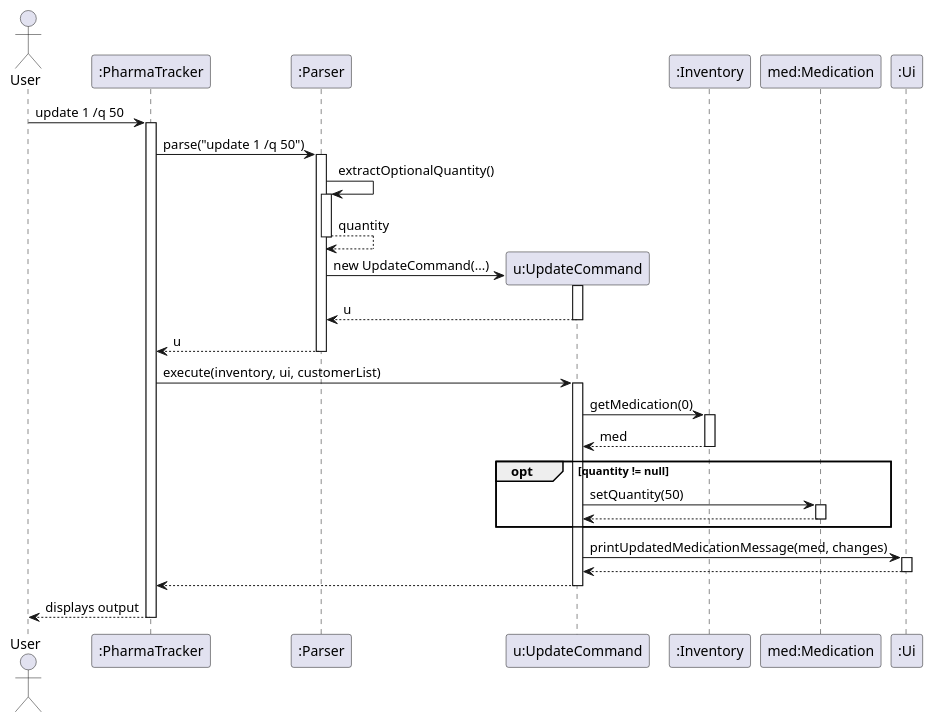
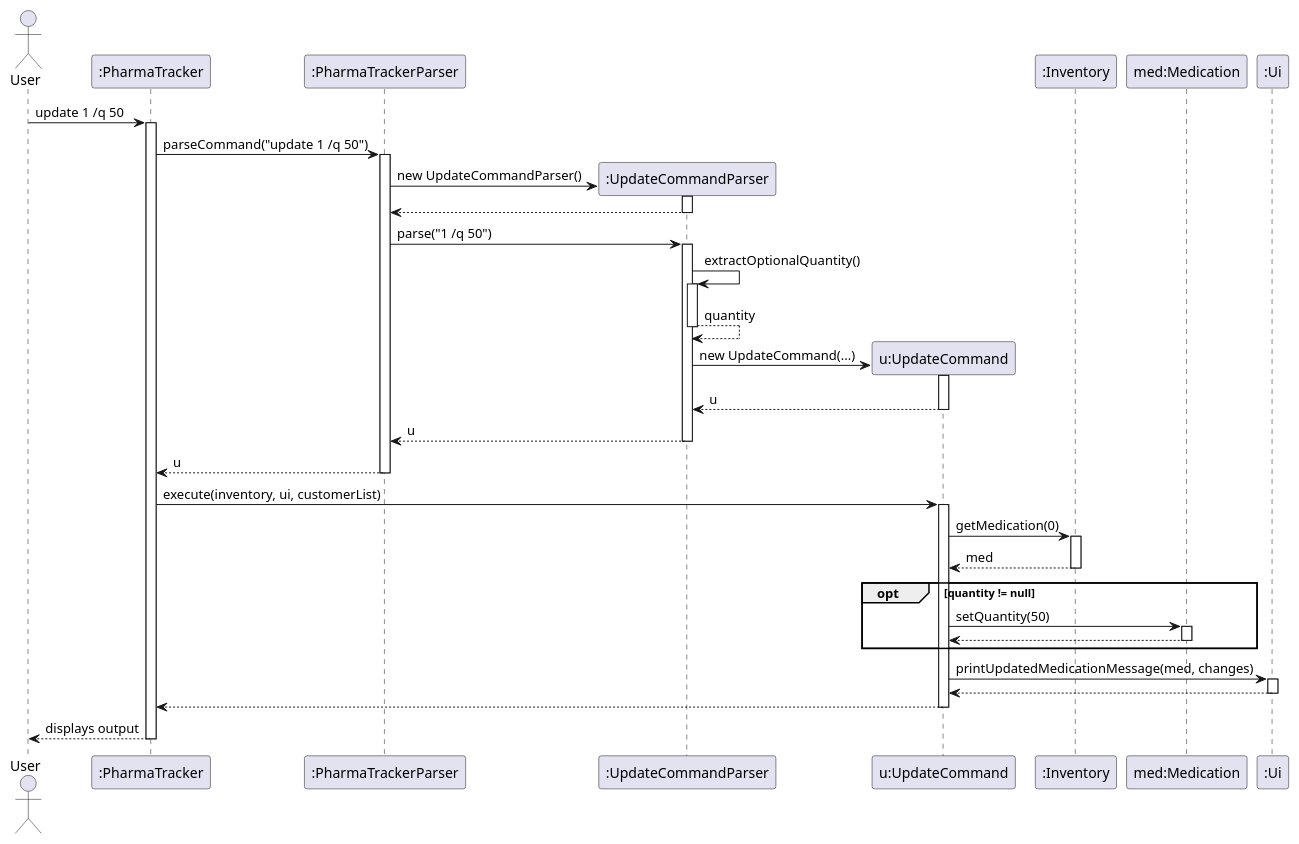
The diagram in docs/diagrams/UpdateCommandSequence.puml (AY2526S2-CS2113-T10-3/tp), drawn with PlantUML before and after one commit. The commit also changed 9 other files, not shown here.

Commit message:
Refactor command sequence diagrams and update related images

```diff
--- a/docs/diagrams/UpdateCommandSequence.puml
+++ b/docs/diagrams/UpdateCommandSequence.puml
@@ -1,48 +1,59 @@
 @startuml
 actor User
 participant ":PharmaTracker" as PharmaTracker
-participant ":Parser" as Parser
+participant ":PharmaTrackerParser" as PharmaTrackerParser
+participant ":UpdateCommandParser" as UpdateCommandParser
 participant "u:UpdateCommand" as UpdateCommand
 participant ":Inventory" as Inventory
 participant "med:Medication" as Medication
 participant ":Ui" as Ui
 
 User -> PharmaTracker : update 1 /q 50
 activate PharmaTracker
 
-PharmaTracker -> Parser : parse("update 1 /q 50")
-activate Parser
+PharmaTracker -> PharmaTrackerParser : parseCommand("update 1 /q 50")
+activate PharmaTrackerParser
 
-Parser -> Parser : extractOptionalQuantity()
-activate Parser
+create UpdateCommandParser
+PharmaTrackerParser -> UpdateCommandParser : new UpdateCommandParser()
+activate UpdateCommandParser
+return
+
+PharmaTrackerParser -> UpdateCommandParser : parse("1 /q 50")
+activate UpdateCommandParser
+
+UpdateCommandParser -> UpdateCommandParser : extractOptionalQuantity()
+activate UpdateCommandParser
 return quantity
 
 create UpdateCommand
-Parser -> UpdateCommand : new UpdateCommand(...)
+UpdateCommandParser -> UpdateCommand : new UpdateCommand(...)
 activate UpdateCommand
+return u
+
 return u
 
 return u
 
 PharmaTracker -> UpdateCommand : execute(inventory, ui, customerList)
 activate UpdateCommand
 
 UpdateCommand -> Inventory : getMedication(0)
 activate Inventory
 return med
 
 opt quantity != null
     UpdateCommand -> Medication : setQuantity(50)
     activate Medication
     return
 end
 
 UpdateCommand -> Ui : printUpdatedMedicationMessage(med, changes)
 activate Ui
 return
 
 return
 
 PharmaTracker --> User : displays output
 deactivate PharmaTracker
 @enduml
```
